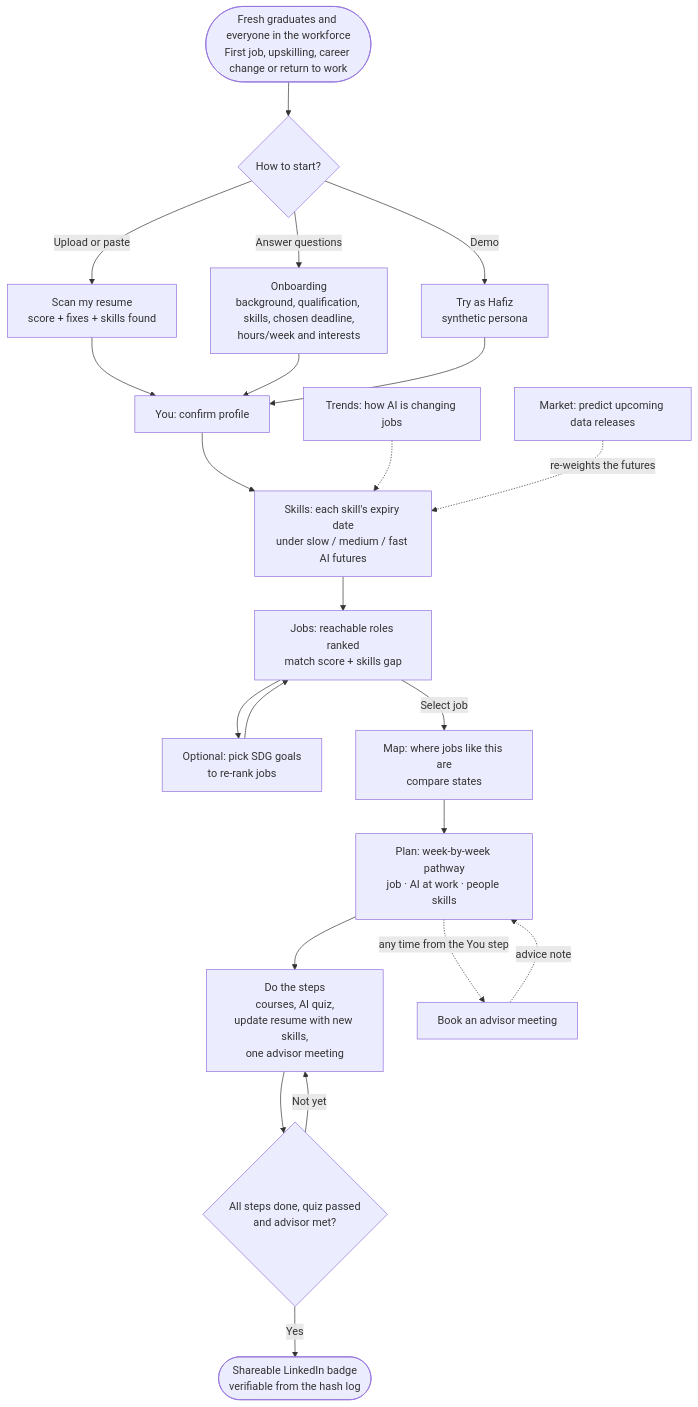
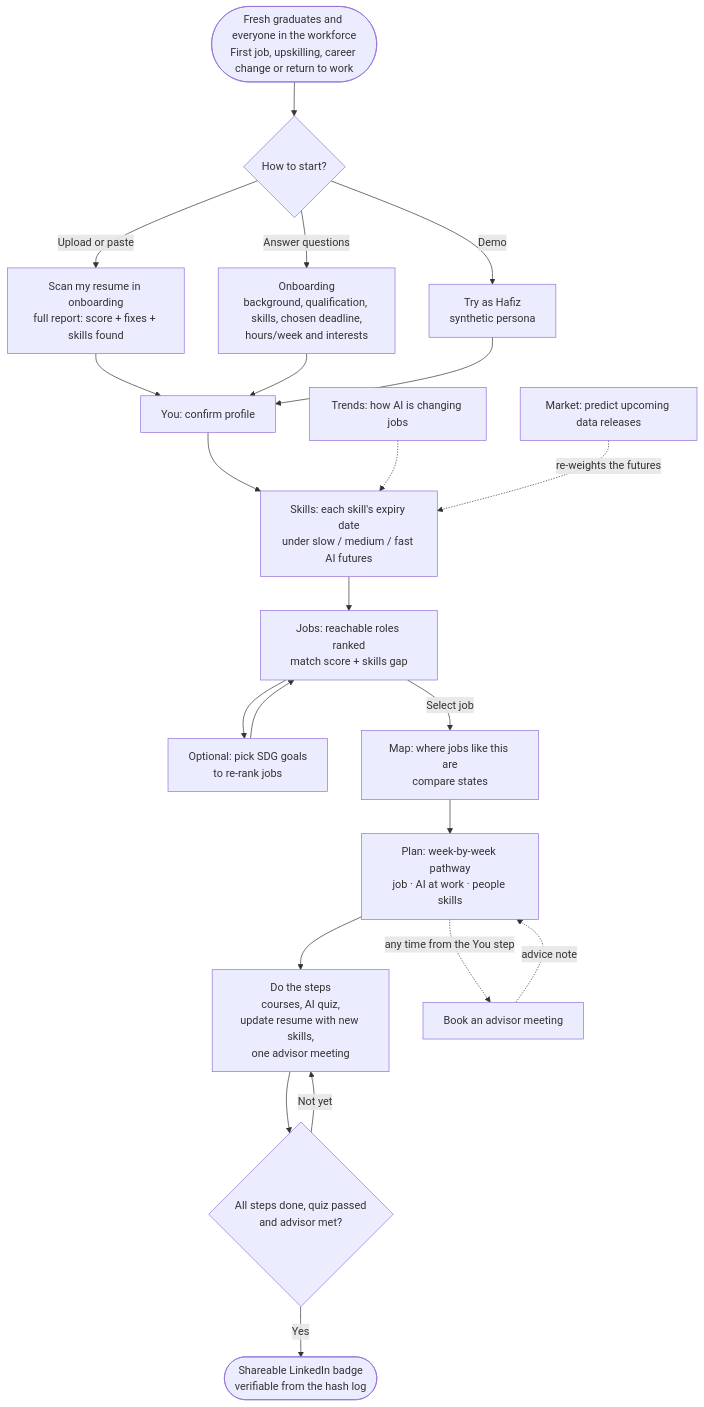
Before and after one commit to yabgzichien/SDCHack-slaynergy: the first of 2 diagrams in README.md, drawn with Mermaid. The commit also changed other lines of this file and 30 other files, not shown here.

First line of the commit message:
Resume report redesign, data-source finder, hourly refresh, RunPod reader

````diff
--- a/README.md
+++ b/README.md
@@ -105,26 +105,26 @@
 ```mermaid
 flowchart TD
     A([Fresh graduates and everyone in the workforce<br/>First job, upskilling, career change or return to work]) --> B{How to start?}
-    B -->|Upload or paste| C[Scan my resume<br/>score + fixes + skills found]
+    B -->|Upload or paste| C[Scan my resume in onboarding<br/>full report: score + fixes + skills found]
     B -->|Answer questions| D[Onboarding<br/>background, qualification, skills, chosen deadline,<br/>hours/week and interests]
     B -->|Demo| E[Try as Hafiz<br/>synthetic persona]
     C --> F[You: confirm profile]
     D --> F
     E --> F
     F --> G[Skills: each skill's expiry date<br/>under slow / medium / fast AI futures]
     G --> H[Jobs: reachable roles ranked<br/>match score + skills gap]
     H --> H2[Optional: pick SDG goals<br/>to re-rank jobs]
     H2 --> H
     H -->|Select job| M[Map: where jobs like this are<br/>compare states]
     M --> I[Plan: week-by-week pathway<br/>job · AI at work · people skills]
     I --> J[Do the steps<br/>courses, AI quiz,<br/>update resume with new skills,<br/>one advisor meeting]
     J --> K{All steps done, quiz passed<br/>and advisor met?}
     K -->|Not yet| J
     K -->|Yes| N([Shareable LinkedIn badge<br/>verifiable from the hash log])
 
     I -.->|any time from the You step| ADV[Book an advisor meeting]
     ADV -.->|advice note| I
 
     T[Trends: how AI is changing jobs] -.-> G
     MK[Market: predict upcoming data releases] -.->|re-weights the futures| G
 ```
````
